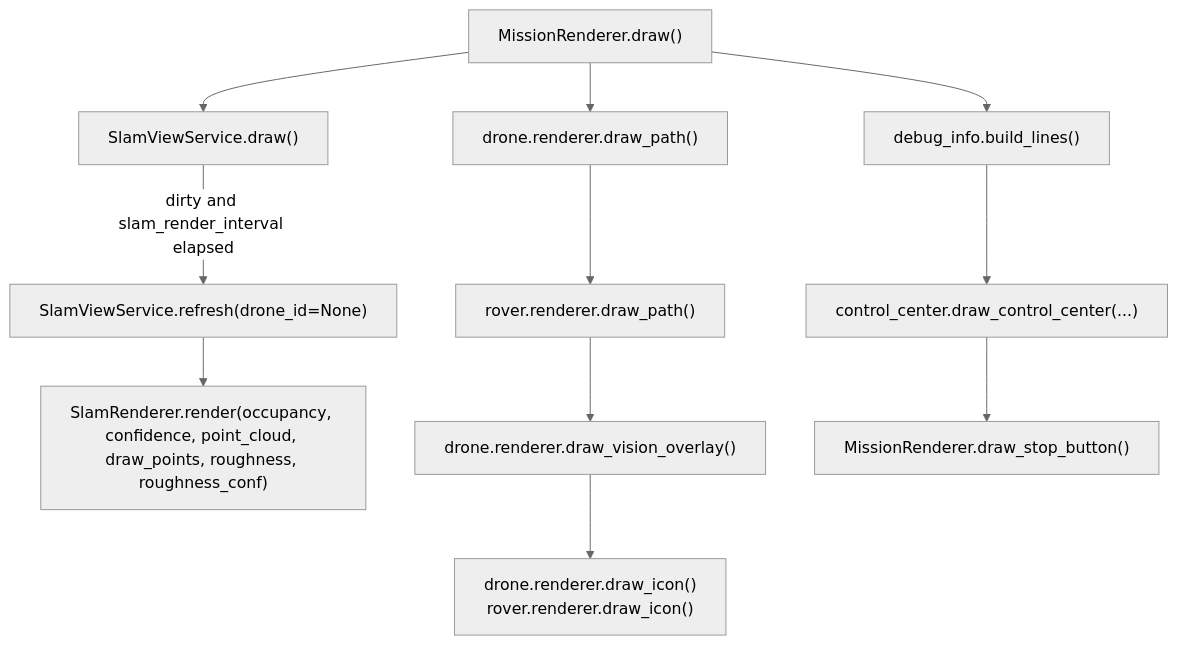
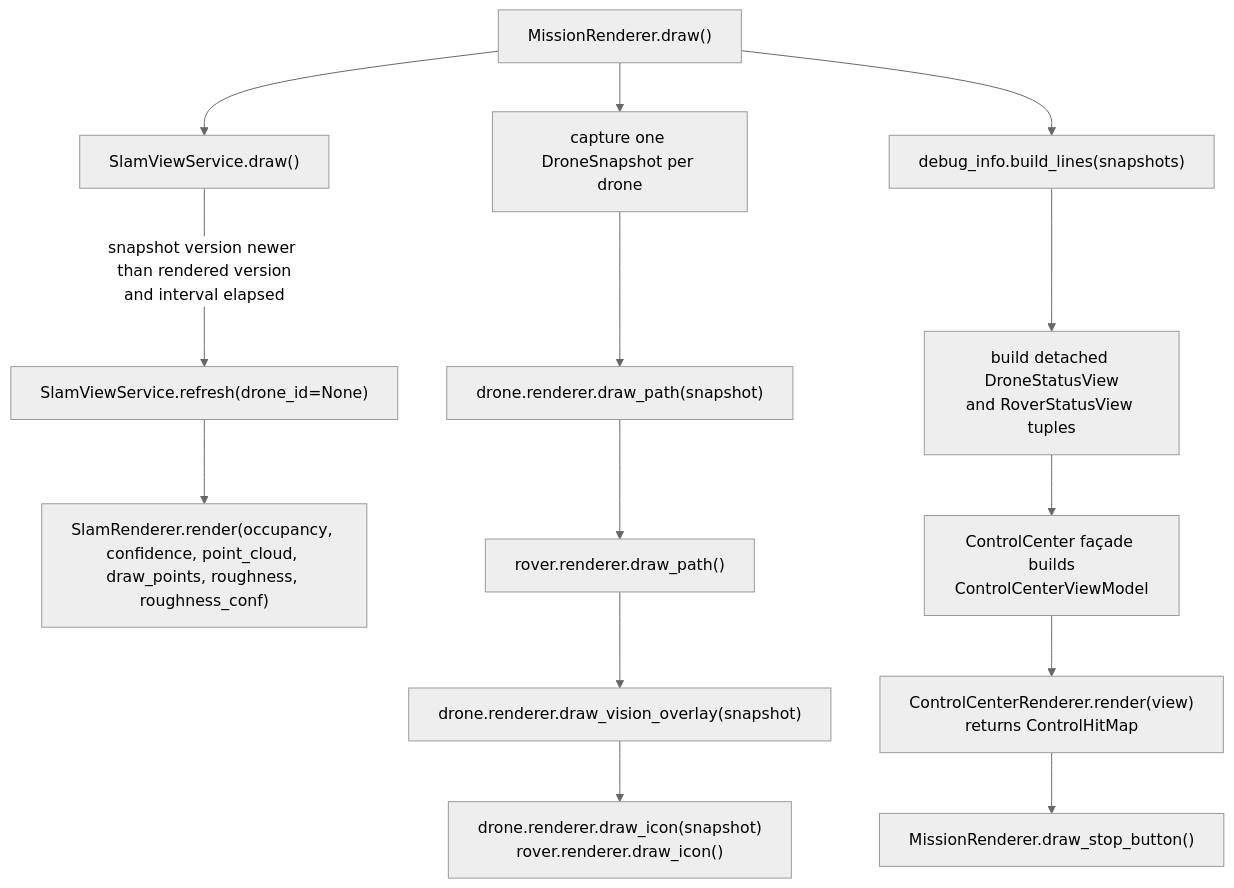
Before and after one commit to Gmark117/Cave_Game: diagram 12 of 14 in CODEFLOW.md, drawn with Mermaid (neutral theme). The commit also changed other lines of this file and 82 other files, not shown here.

First line of the commit message:
Add control center view model, tests, and related functionality

````diff
--- a/CODEFLOW.md
+++ b/CODEFLOW.md
@@ -703,19 +756,23 @@
 ```mermaid
 flowchart TD
     Draw["MissionRenderer.draw()"]
+    AgentState["capture one DroneSnapshot per drone"]
     View["SlamViewService.draw()"]
     Refresh["SlamViewService.refresh(drone_id=None)"]
     SlamRender["SlamRenderer.render(occupancy, confidence, point_cloud, draw_points, roughness, roughness_conf)"]
-    DronePaths["drone.renderer.draw_path()"]
+    DronePaths["drone.renderer.draw_path(snapshot)"]
     RoverPaths["rover.renderer.draw_path()"]
-    DroneVision["drone.renderer.draw_vision_overlay()"]
-    Icons["drone.renderer.draw_icon()<br/>rover.renderer.draw_icon()"]
-    Debug["debug_info.build_lines()"]
-    CC["control_center.draw_control_center(...)"]
+    DroneVision["drone.renderer.draw_vision_overlay(snapshot)"]
+    Icons["drone.renderer.draw_icon(snapshot)<br/>rover.renderer.draw_icon()"]
+    Debug["debug_info.build_lines(snapshots)"]
+    Status["build detached DroneStatusView<br/>and RoverStatusView tuples"]
+    FrameModel["ControlCenter façade builds<br/>ControlCenterViewModel"]
+    CCRender["ControlCenterRenderer.render(view)<br/>returns ControlHitMap"]
     Stop["MissionRenderer.draw_stop_button()"]
 
+    Draw --> AgentState
     Draw --> View
-    View -->|"dirty and slam_render_interval elapsed"| Refresh --> SlamRender
-    Draw --> DronePaths --> RoverPaths --> DroneVision --> Icons
-    Draw --> Debug --> CC --> Stop
+    View -->|"snapshot version newer than rendered version<br/>and interval elapsed"| Refresh --> SlamRender
+    AgentState --> DronePaths --> RoverPaths --> DroneVision --> Icons
+    Draw --> Debug --> Status --> FrameModel --> CCRender --> Stop
 ```
````
